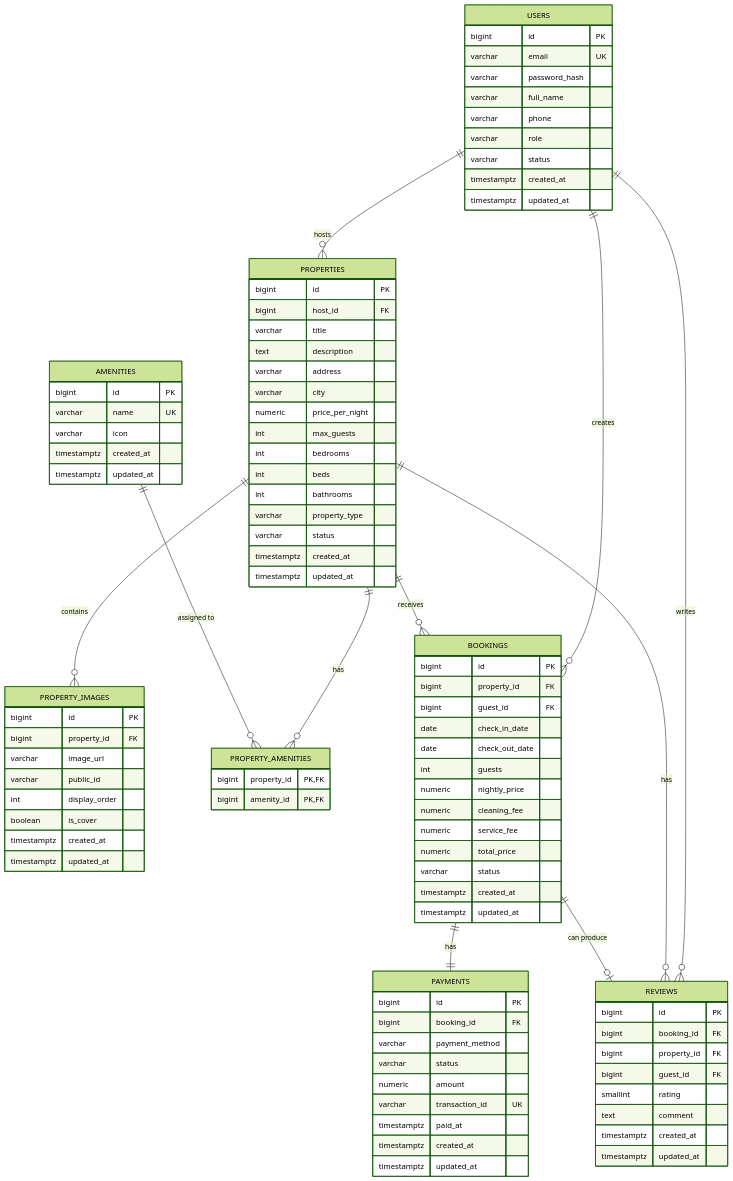
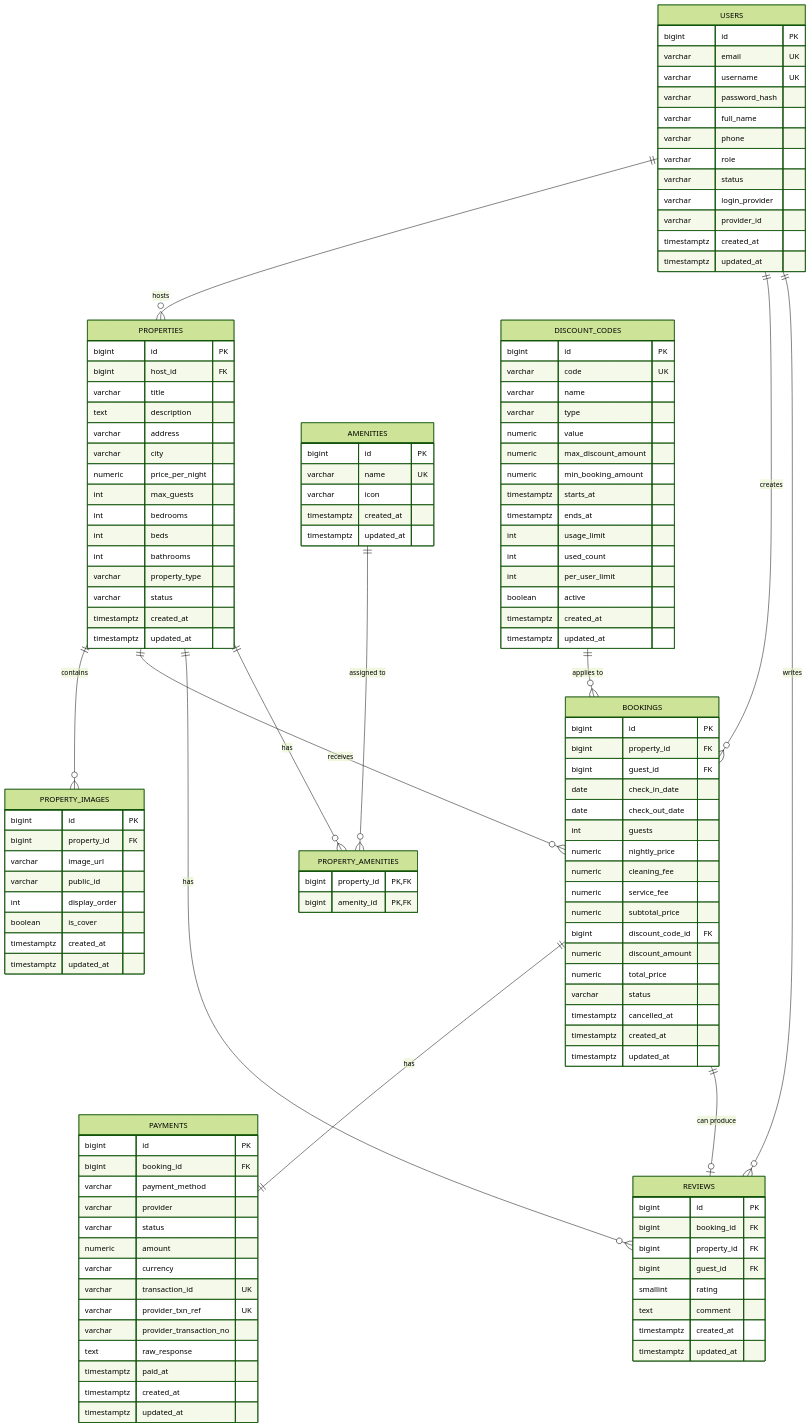
One commit to apase95/StayHub changed the diagram in docs/database/3_CoreERD.md. Above: the diagram before and after it, drawn with Mermaid (forest theme). The commit also changed 13 other files, not shown here.

````diff
--- a/docs/database/3_CoreERD.md
+++ b/docs/database/3_CoreERD.md
@@ -5,11 +5,14 @@
     USERS {
         bigint id PK
         varchar email UK
+        varchar username UK
         varchar password_hash
         varchar full_name
         varchar phone
         varchar role
         varchar status
+        varchar login_provider
+        varchar provider_id
         timestamptz created_at
         timestamptz updated_at
     }
@@ -66,8 +69,30 @@
         numeric nightly_price
         numeric cleaning_fee
         numeric service_fee
+        numeric subtotal_price
+        bigint discount_code_id FK
+        numeric discount_amount
         numeric total_price
         varchar status
+        timestamptz cancelled_at
+        timestamptz created_at
+        timestamptz updated_at
+    }
+
+    DISCOUNT_CODES {
+        bigint id PK
+        varchar code UK
+        varchar name
+        varchar type
+        numeric value
+        numeric max_discount_amount
+        numeric min_booking_amount
+        timestamptz starts_at
+        timestamptz ends_at
+        int usage_limit
+        int used_count
+        int per_user_limit
+        boolean active
         timestamptz created_at
         timestamptz updated_at
     }
@@ -76,9 +101,14 @@
         bigint id PK
         bigint booking_id FK
         varchar payment_method
+        varchar provider
         varchar status
         numeric amount
+        varchar currency
         varchar transaction_id UK
+        varchar provider_txn_ref UK
+        varchar provider_transaction_no
+        text raw_response
         timestamptz paid_at
         timestamptz created_at
         timestamptz updated_at
@@ -106,6 +136,7 @@
     PROPERTIES ||--o{ PROPERTY_AMENITIES : "has"
     AMENITIES ||--o{ PROPERTY_AMENITIES : "assigned to"
 
+    DISCOUNT_CODES ||--o{ BOOKINGS : "applies to"
     BOOKINGS ||--|| PAYMENTS : "has"
     BOOKINGS ||--o| REVIEWS : "can produce"
 ```
````
